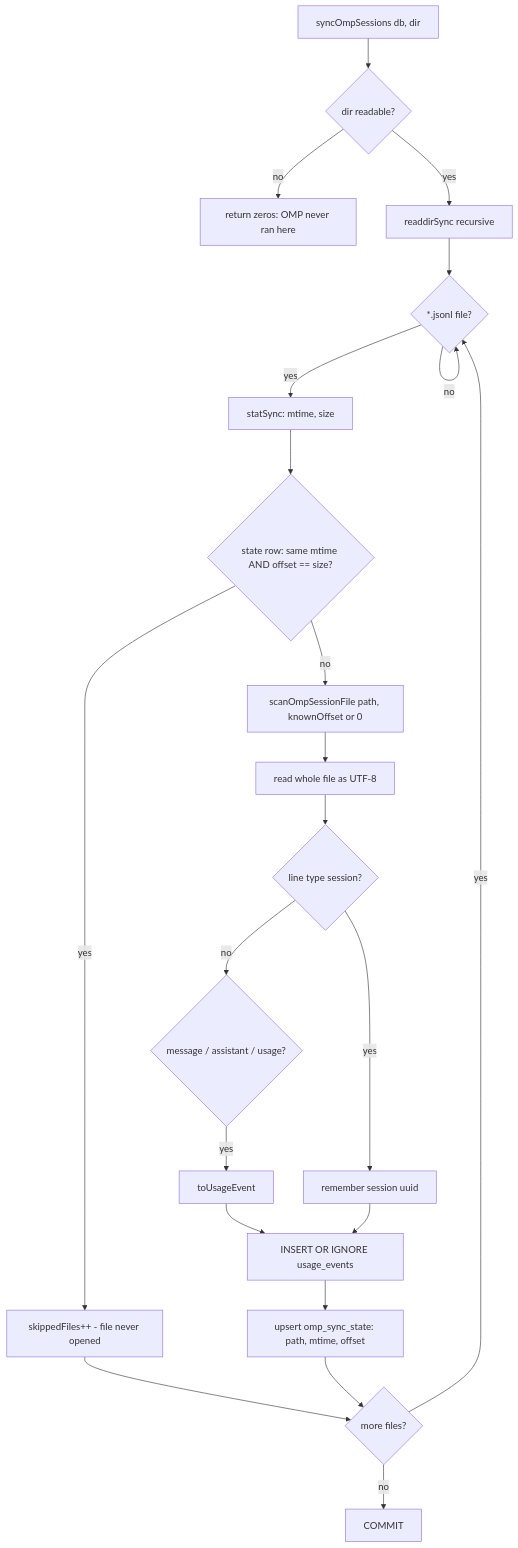
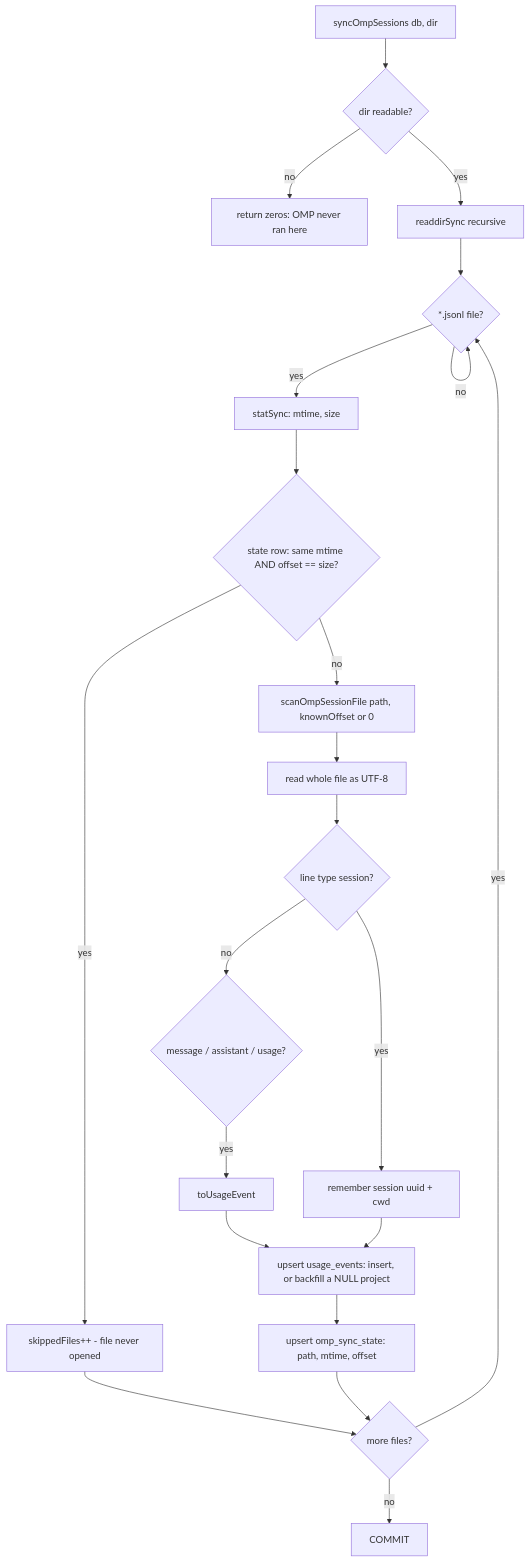
Before and after one commit to prajwal-hebbar-07/prompt-burn: the diagram in docs/architecture/06-omp-collector.md, drawn with Mermaid. The commit also changed other lines of this file and 31 other files, not shown here.

First line of the commit message:
feat: add project scope to dashboard and usage events

````diff
--- a/docs/architecture/06-omp-collector.md
+++ b/docs/architecture/06-omp-collector.md
@@ -51,23 +51,23 @@
 ```mermaid
 flowchart TD
     A[syncOmpSessions db, dir] --> B{dir readable?}
     B -- no --> Z[return zeros: OMP never ran here]
     B -- yes --> C[readdirSync recursive]
     C --> D{*.jsonl file?}
     D -- no --> D
     D -- yes --> E[statSync: mtime, size]
     E --> F{state row: same mtime AND offset == size?}
     F -- yes --> G[skippedFiles++ - file never opened]
     F -- no --> H[scanOmpSessionFile path, knownOffset or 0]
     H --> I[read whole file as UTF-8]
     I --> J{line type session?}
-    J -- yes --> K[remember session uuid]
+    J -- yes --> K[remember session uuid + cwd]
     J -- no --> L{message / assistant / usage?}
     L -- yes --> M[toUsageEvent]
-    M --> N[INSERT OR IGNORE usage_events]
+    M --> N[upsert usage_events: insert, or backfill a NULL project]
     K --> N
     N --> O[upsert omp_sync_state: path, mtime, offset]
     G & O --> P{more files?}
     P -- yes --> D
     P -- no --> Q[COMMIT]
 ```
````
